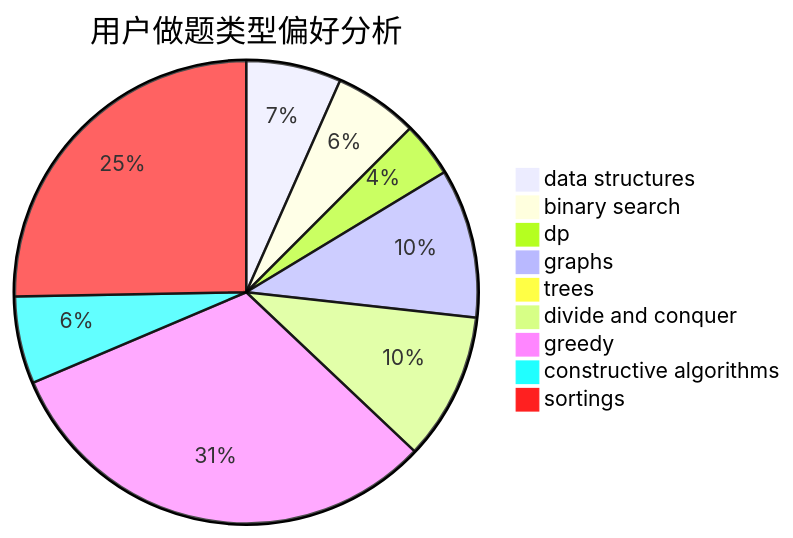
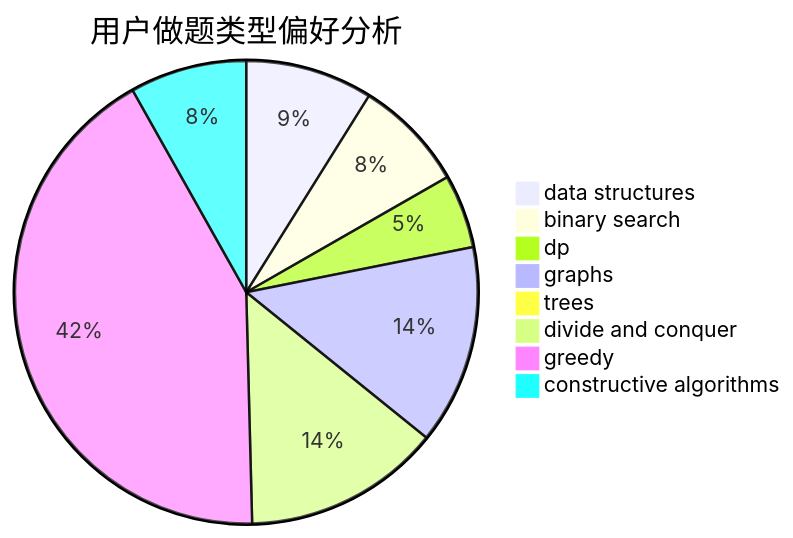
Before and after one commit to sherpahu/cfrs.github.io: the second of 3 diagrams in docs/user/u486.md, drawn with Mermaid. The commit also changed other lines of this file and 2769 other files, not shown here.

````diff
--- a/docs/user/u486.md
+++ b/docs/user/u486.md
@@ -18,12 +18,11 @@
 ```mermaid
 pie title 用户做题类型偏好分析
     "data structures" :  109
     "binary search" :  96
     "dp" :  63
     "graphs" :  171
     "trees" :  8
     "divide and conquer" :  169
     "greedy" :  518
     "constructive algorithms" :  100
-    "sortings" :  415
 ```
````
